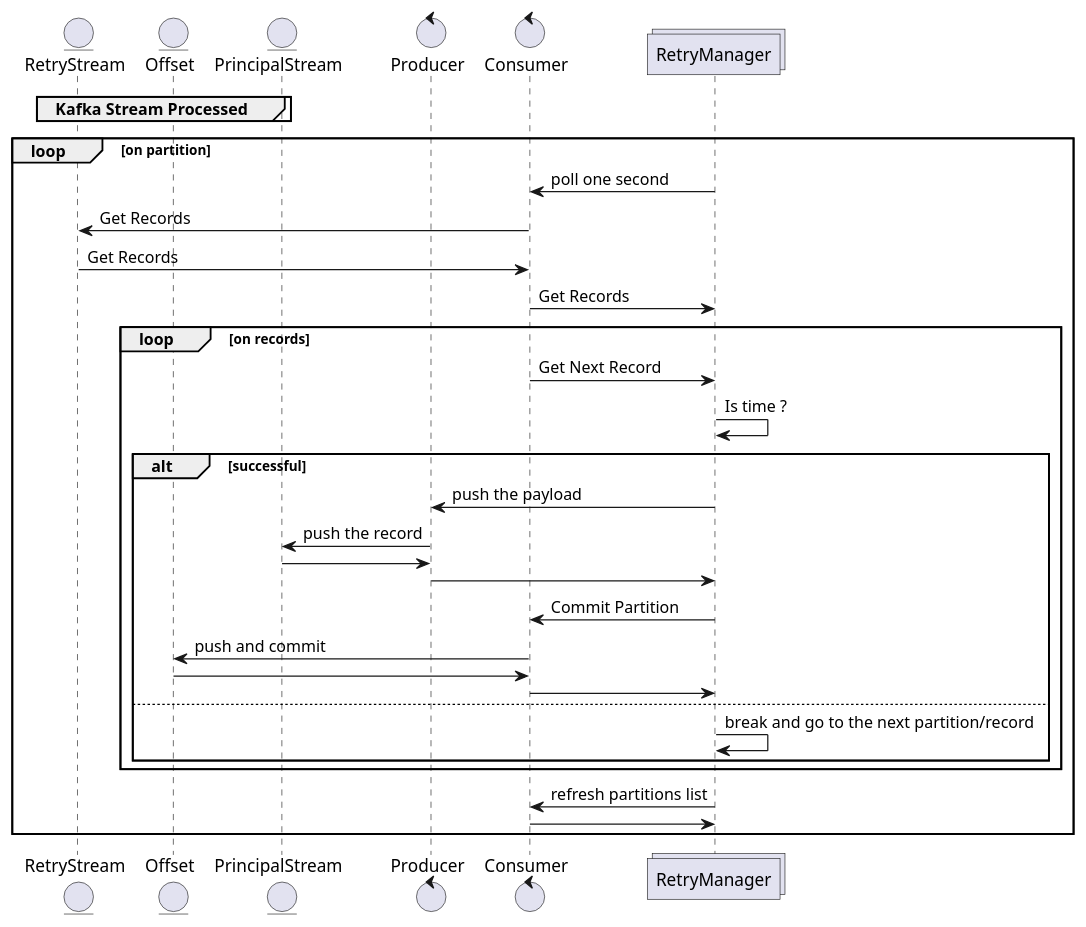
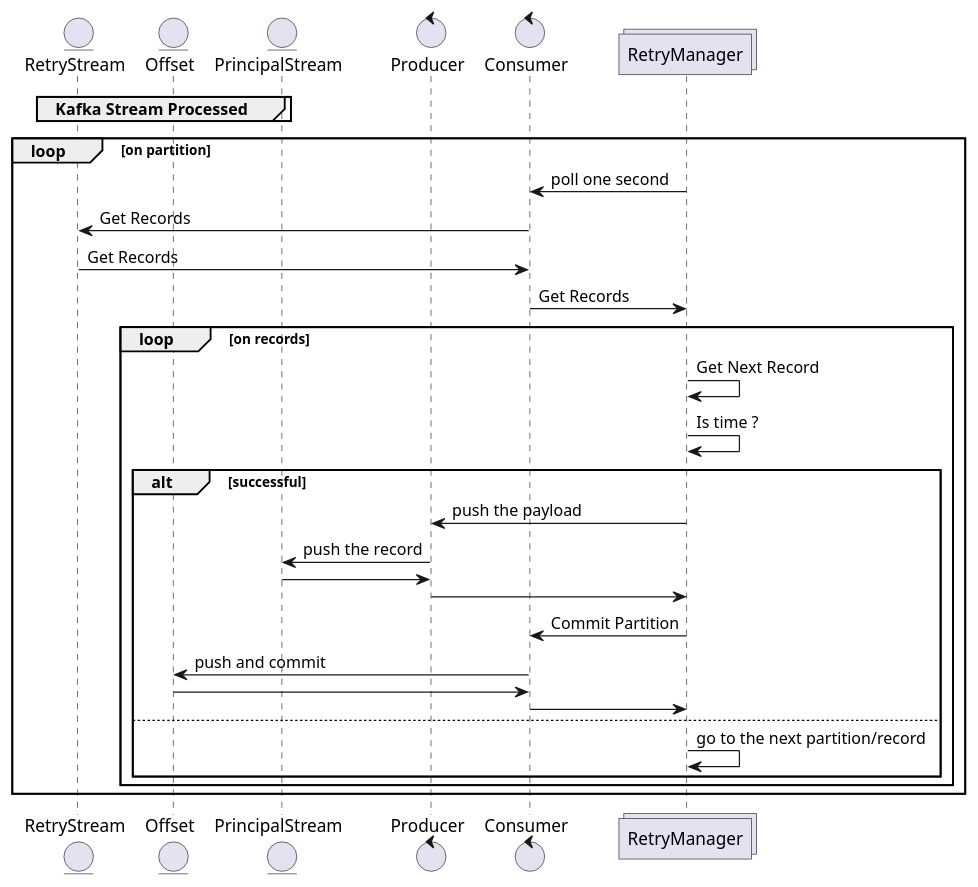
Before and after one commit to buidiaconseil/ErrorManagementPattern: the diagram in RetryFlow2.wsd, drawn with PlantUML. The commit also changed 1 other file, not shown here.

```diff
--- a/RetryFlow2.wsd
+++ b/RetryFlow2.wsd
@@ -1,48 +1,46 @@
 @startuml
 
 group Kafka Stream Processed
 entity RetryStream
 entity Offset
 entity PrincipalStream
 
 end
 
 
 control Producer
 control Consumer
 collections  RetryManager
 
 
 loop on partition
 
 RetryManager -> Consumer : poll one second
 RetryStream <- Consumer : Get Records
 RetryStream -> Consumer : Get Records
 RetryManager <- Consumer : Get Records
 loop on records
 	       
-    Consumer -> RetryManager : Get Next Record
+    RetryManager -> RetryManager : Get Next Record
     RetryManager -> RetryManager : Is time ?
     alt successful 
         RetryManager -> Producer : push the payload
         Producer -> PrincipalStream : push the record
         Producer <- PrincipalStream
         RetryManager <- Producer
         RetryManager -> Consumer : Commit Partition
         Consumer -> Offset : push and commit
         Consumer <- Offset 
         RetryManager <- Consumer
     else
-        RetryManager->RetryManager: break and go to the next partition/record
+        RetryManager->RetryManager: go to the next partition/record
     end
     
 
 end
-RetryManager -> Consumer : refresh partitions list
-RetryManager <- Consumer 
 
 end
 
 
 
 @enduml
```
